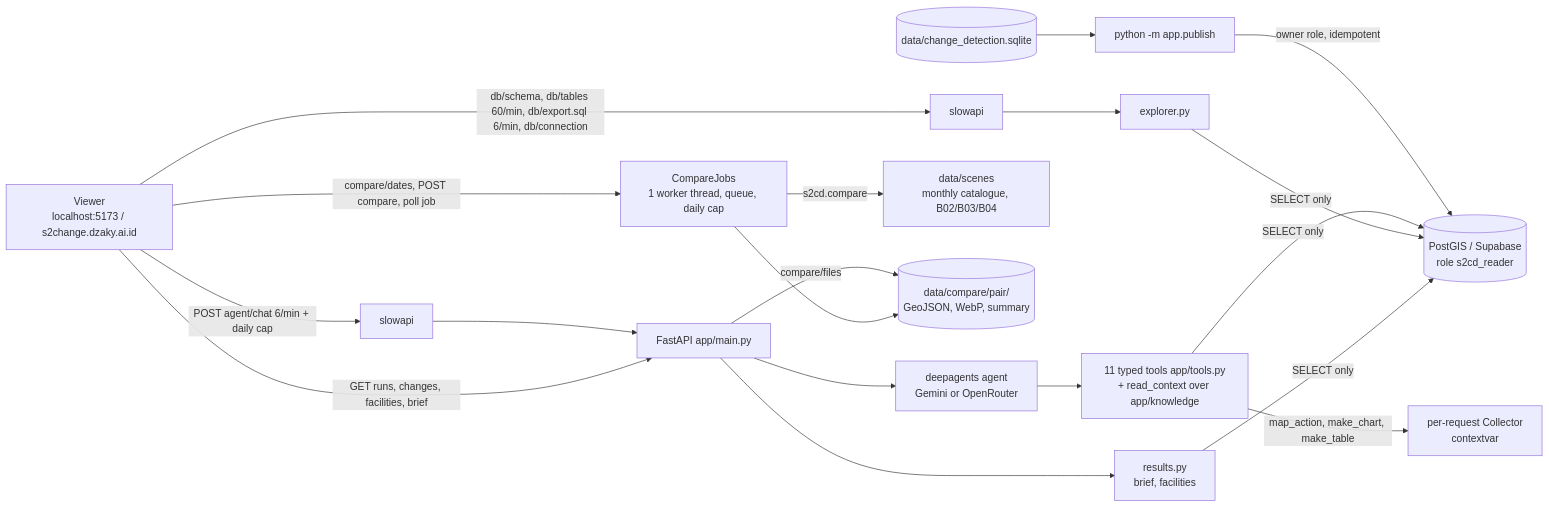
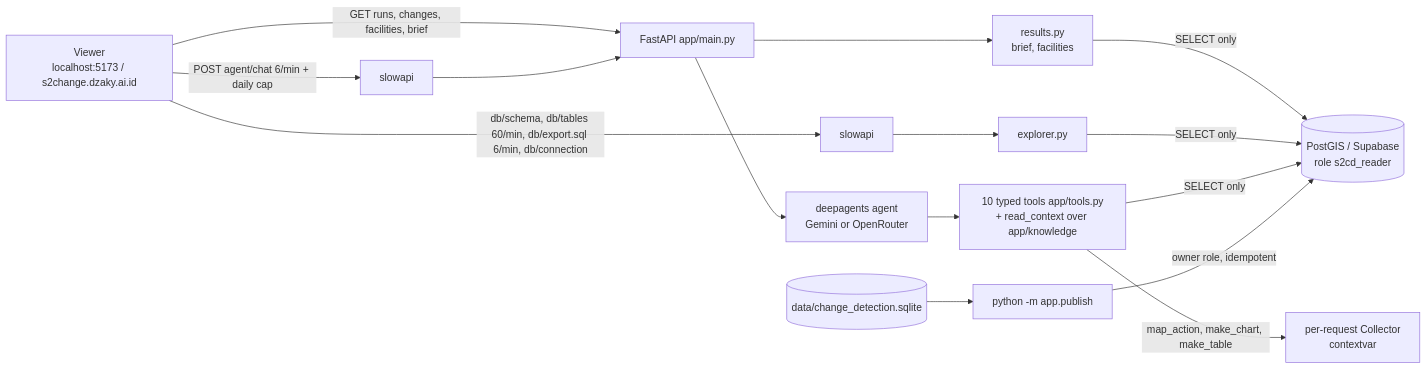
One commit to dzakybd/s2change changed the diagram in app/README.md. Above: the diagram before and after it, drawn with Mermaid. The commit also changed other lines of this file and 57 other files, not shown here.

First line of the commit message:
Show 2.5 m super-resolved analysed dates; drop other-date compare

````diff
--- a/app/README.md
+++ b/app/README.md
@@ -5,21 +5,17 @@
 ```mermaid
 flowchart LR
   UI[Viewer<br/>localhost:5173 / s2change.dzaky.ai.id] -->|GET runs, changes, facilities, brief| API[FastAPI app/main.py]
   UI -->|db/schema, db/tables 60/min, db/export.sql 6/min, db/connection| RLD[slowapi]
-  UI -->|compare/dates, POST compare, poll job| JOBS[CompareJobs<br/>1 worker thread, queue, daily cap]
   UI -->|POST agent/chat 6/min + daily cap| RLA[slowapi]
   RLD --> EXP[explorer.py]
   RLA --> API
   API --> RES[results.py<br/>brief, facilities]
   API --> AG[deepagents agent<br/>Gemini or OpenRouter]
-  AG --> T[11 typed tools app/tools.py<br/>+ read_context over app/knowledge]
+  AG --> T[10 typed tools app/tools.py<br/>+ read_context over app/knowledge]
   RES -->|SELECT only| DB[(PostGIS / Supabase<br/>role s2cd_reader)]
   EXP -->|SELECT only| DB
   T -->|SELECT only| DB
   T -->|map_action, make_chart, make_table| C[per-request Collector<br/>contextvar]
-  JOBS -->|s2cd.compare| SCENES[data/scenes<br/>monthly catalogue, B02/B03/B04]
-  JOBS --> FILES[(data/compare/pair/<br/>GeoJSON, WebP, summary)]
-  API -->|compare/files| FILES
   PUB[python -m app.publish] -->|owner role, idempotent| DB
   SQ[(data/change_detection.sqlite)] --> PUB
 ```
````
